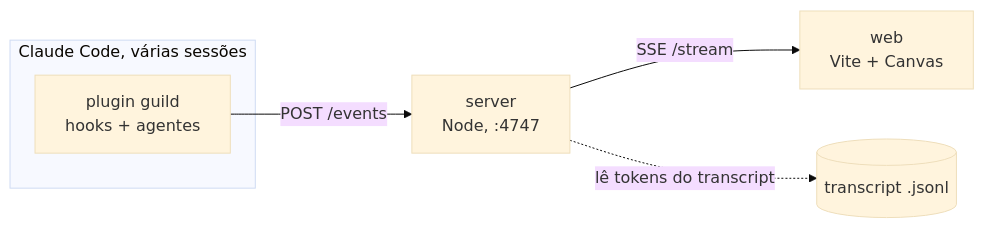
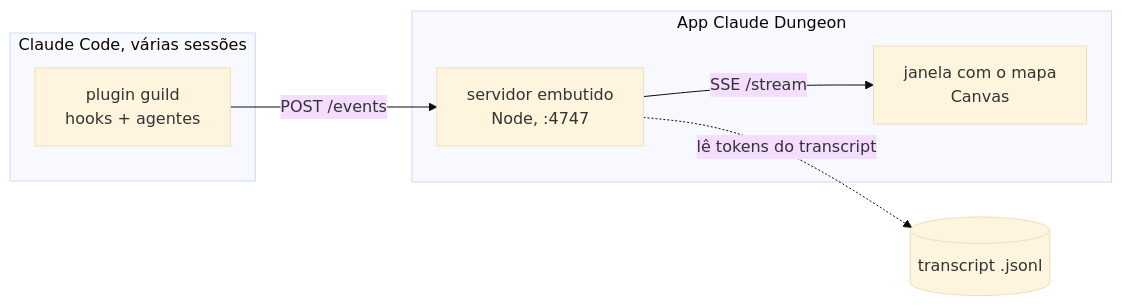
The diagram in README.md (eduortizr/claude-dungeon), drawn with Mermaid (base theme) before and after one commit. The commit also changed other lines of this file and 2 other files, not shown here.

Commit message:
docs: document the guild rooms, the Arquimago and the desktop app

````diff
--- a/README.md
+++ b/README.md
@@ -40,9 +51,13 @@
 ```mermaid
 flowchart LR
   subgraph cc[Claude Code, várias sessões]
     H[plugin guild<br/>hooks + agentes]
   end
-  H -- "POST /events" --> S[server<br/>Node, :4747]
-  S -- "SSE /stream" --> W[web<br/>Vite + Canvas]
+  subgraph app[App Claude Dungeon]
+    S[servidor embutido<br/>Node, :4747]
+    W[janela com o mapa<br/>Canvas]
+  end
+  H -- "POST /events" --> S
+  S -- "SSE /stream" --> W
   S -. "lê tokens do transcript" .-> T[(transcript .jsonl)]
 ```
````
